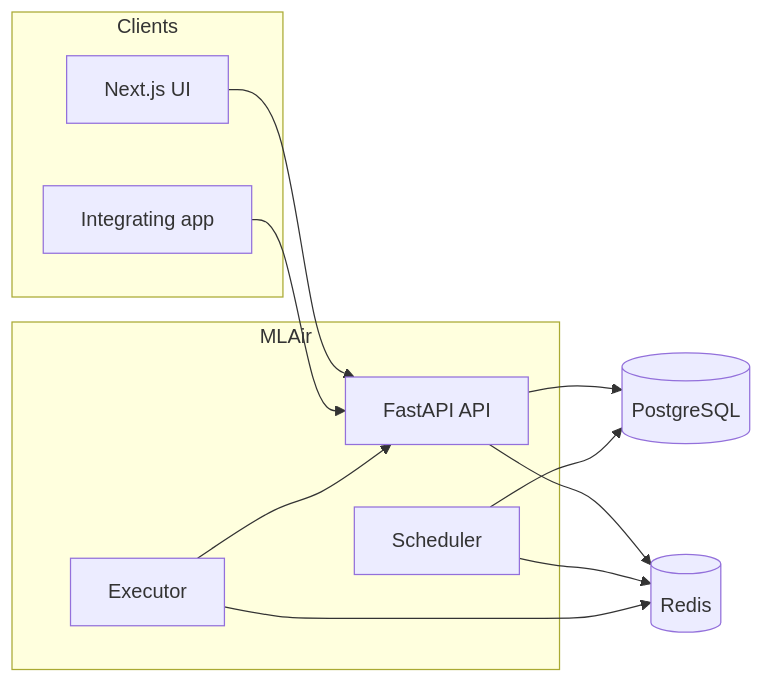
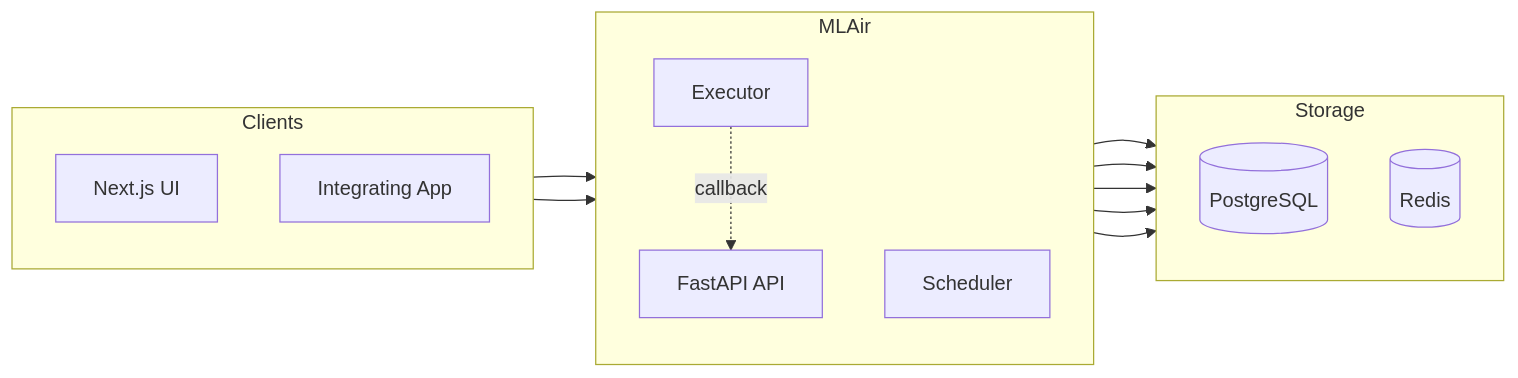
One commit to phu142857/ml-air changed the first of 2 diagrams in README.md. Above: the diagram before and after it, drawn with Mermaid. The commit also changed other lines of this file and 3 other files, not shown here.

First line of the commit message:
frontend: add client-side pagination to model versions, improve run timeline & tracking UI

````diff
--- a/README.md
+++ b/README.md
@@ -92,23 +92,27 @@
 ```mermaid
 flowchart LR
   subgraph clients[Clients]
+    direction TB
     UI[Next.js UI]
-    APP[Integrating app]
+    APP[Integrating App]
   end
+
   subgraph mlair[MLAir]
+    direction TB
     API[FastAPI API]
     SCH[Scheduler]
     EXE[Executor]
   end
-  PG[(PostgreSQL)]
-  RD[(Redis)]
 
-  UI --> API
-  APP --> API
-  API --> PG
-  API --> RD
-  SCH --> RD
-  SCH --> PG
+  subgraph storage[Storage]
+    direction TB
+    PG[(PostgreSQL)]
+    RD[(Redis)]
+  end
+
+  UI & APP --> API
+  API --> PG & RD
+  SCH --> PG & RD
   EXE --> RD
-  EXE --> API
+  EXE -.->|callback| API
 ```
````
